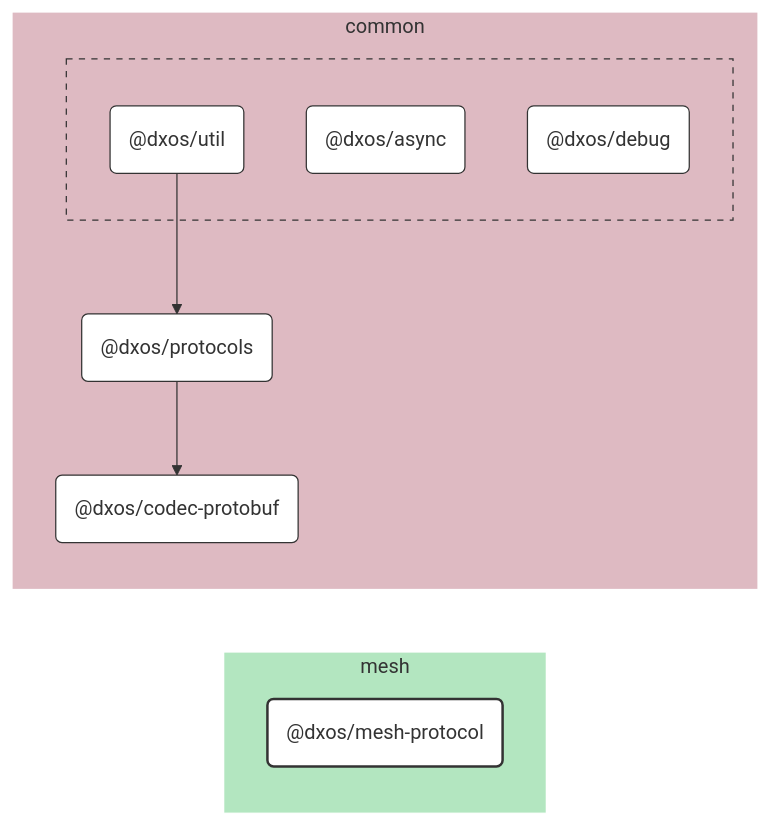
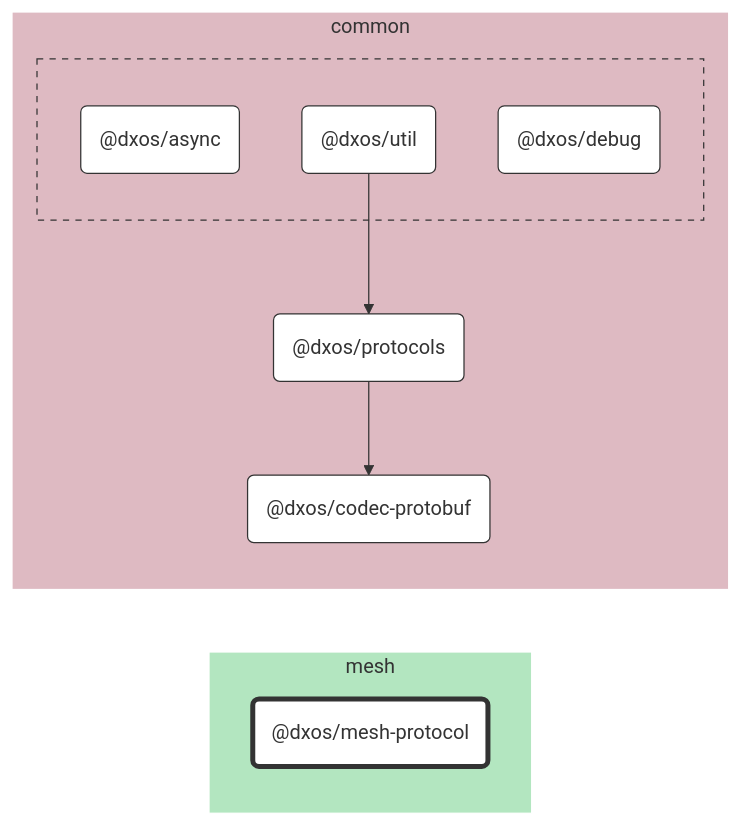
The diagram in packages/mesh/mesh-protocol/docs/README.md (dxos/dxos), drawn with Mermaid before and after one commit. The commit also changed 104 other files, not shown here.

````diff
--- a/packages/mesh/mesh-protocol/docs/README.md
+++ b/packages/mesh/mesh-protocol/docs/README.md
@@ -7,52 +7,40 @@
 ```mermaid
 %%{ init: {'flowchart':{'curve':'basis'}} }%%
 
 flowchart LR
 
-%% Links
-dxos/protocols --> dxos/codec-protobuf;
-dxos/util --> dxos/protocols;
+%% Classes
+classDef def fill:#fff,stroke:#333,stroke-width:1px
+classDef root fill:#fff,stroke:#333,stroke-width:4px
 
-%% Sections
-subgraph mesh
-  style mesh fill:#b3e6c0,stroke:#fff;
+%% Nodes
 
-  dxos/mesh-protocol("@dxos/mesh-protocol")
+subgraph mesh [mesh]
+  style mesh fill:#b3e6c0,stroke:#fff
+  dxos/mesh-protocol("@dxos/mesh-protocol"):::root
+  click dxos/mesh-protocol "dxos/dxos/tree/main/packages/mesh/mesh-protocol/docs"
 end
 
-subgraph common
-  style common fill:#debac2,stroke:#fff;
-
-  dxos/codec-protobuf("@dxos/codec-protobuf")
-  dxos/protocols("@dxos/protocols")
+subgraph common [common]
+  style common fill:#debac2,stroke:#fff
+  dxos/codec-protobuf("@dxos/codec-protobuf"):::def
+  click dxos/codec-protobuf "dxos/dxos/tree/main/packages/common/codec-protobuf/docs"
+  dxos/protocols("@dxos/protocols"):::def
+  click dxos/protocols "dxos/dxos/tree/main/packages/common/protocols/docs"
 
   subgraph common-excluded [ ]
-    style common-excluded fill:#debac2,stroke:#333,stroke-dasharray:5 5;
-
-    dxos/async("@dxos/async")
-    dxos/debug("@dxos/debug")
-    dxos/util("@dxos/util")
+    style common-excluded fill:#debac2,stroke:#333,stroke-dasharray:5 5
+    dxos/async("@dxos/async"):::def
+    click dxos/async "dxos/dxos/tree/main/packages/common/async/docs"
+    dxos/debug("@dxos/debug"):::def
+    click dxos/debug "dxos/dxos/tree/main/packages/common/debug/docs"
+    dxos/util("@dxos/util"):::def
+    click dxos/util "dxos/dxos/tree/main/packages/common/util/docs"
   end
 end
 
-
-%% Hyperlinks
-click dxos/async "dxos/dxos/tree/main/packages/common/async/docs";
-click dxos/codec-protobuf "dxos/dxos/tree/main/packages/common/codec-protobuf/docs";
-click dxos/debug "dxos/dxos/tree/main/packages/common/debug/docs";
-click dxos/protocols "dxos/dxos/tree/main/packages/common/protocols/docs";
-click dxos/util "dxos/dxos/tree/main/packages/common/util/docs";
-
-%% Styles
-classDef rootNode fill:#fff,stroke:#333,stroke-width:2px
-classDef defaultNode fill:#fff,stroke:#333,stroke-width:1px
+%% Links
 linkStyle default stroke:#333,stroke-width:1px
-
-dxos/mesh-protocol:::rootNode
-
-dxos/async:::defaultNode
-dxos/codec-protobuf:::defaultNode
-dxos/debug:::defaultNode
-dxos/protocols:::defaultNode
-dxos/util:::defaultNode
+dxos/util --> dxos/protocols
+dxos/protocols --> dxos/codec-protobuf
 ```
````
